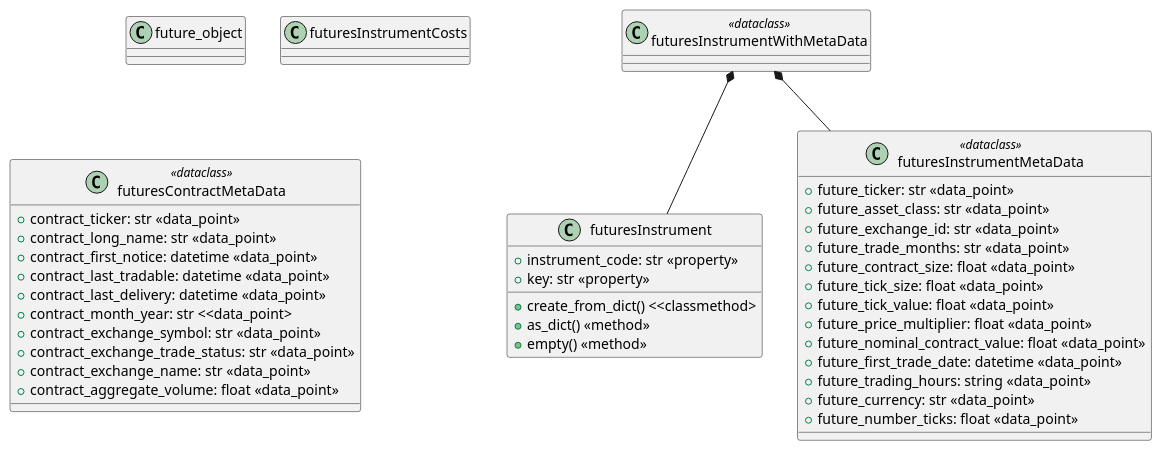
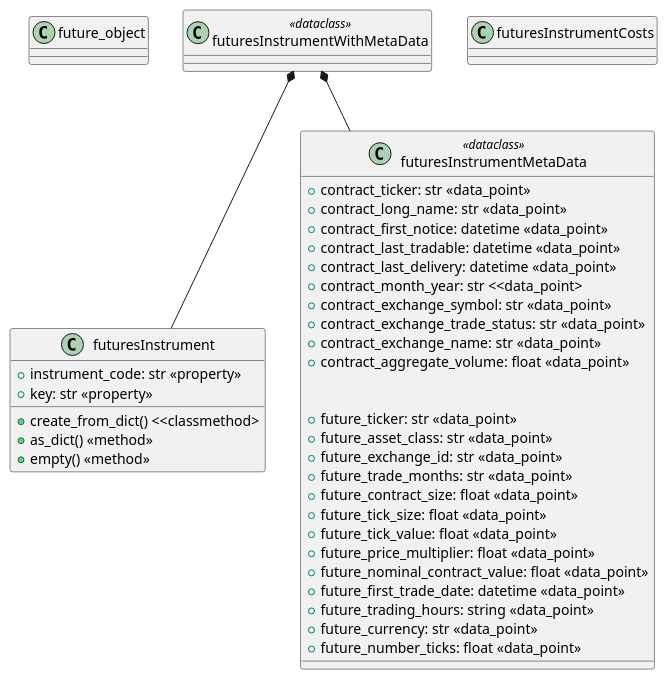
Before and after one commit to supersonic-electronic/Ibiza: the diagram in docs/futures_objects.puml, drawn with PlantUML. The commit also changed 14 other files, not shown here.

```diff
--- a/docs/futures_objects.puml
+++ b/docs/futures_objects.puml
@@ -1,66 +1,66 @@
 @startuml
 
 
 ' ===== Futures Insturments =====
 class future_object {
 
 }
 
 class futuresInstrument {
     +instrument_code: str <<property>>
     +key: str <<property>>
 
     +create_from_dict() <<classmethod>
     +as_dict() <<method>>
     +empty() <<method>>
 
 }
 
 class futuresInstrumentCosts {
 
 }
 
-class futuresContractMetaData <<dataclass>> {
+class futuresInstrumentMetaData <<dataclass>> {
 
     +contract_ticker: str <<data_point>>
     +contract_long_name: str <<data_point>>
     +contract_first_notice: datetime <<data_point>>
     +contract_last_tradable: datetime <<data_point>>
     +contract_last_delivery: datetime <<data_point>>
     +contract_month_year: str <<data_point>
     +contract_exchange_symbol: str <<data_point>>
     +contract_exchange_trade_status: str <<data_point>>
     +contract_exchange_name: str <<data_point>>
     +contract_aggregate_volume: float <<data_point>>
 
 }
 
 class futuresInstrumentMetaData <<dataclass>> {
 
    +future_ticker: str <<data_point>>
    +future_asset_class: str <<data_point>>
    +future_exchange_id: str <<data_point>>
    +future_trade_months: str <<data_point>>
    +future_contract_size: float <<data_point>>
    +future_tick_size: float <<data_point>>
    +future_tick_value: float <<data_point>>
    +future_price_multiplier: float <<data_point>>
    +future_nominal_contract_value: float <<data_point>>
    +future_first_trade_date: datetime <<data_point>>
    +future_trading_hours: string <<data_point>>
    +future_currency: str <<data_point>>
    +future_number_ticks: float <<data_point>>
 }
 
 
 class futuresInstrumentWithMetaData <<dataclass>> {
 
 }
 
 
 
 futuresInstrumentWithMetaData *-- futuresInstrument
 futuresInstrumentWithMetaData *-- futuresInstrumentMetaData
 
 
 @enduml
```
